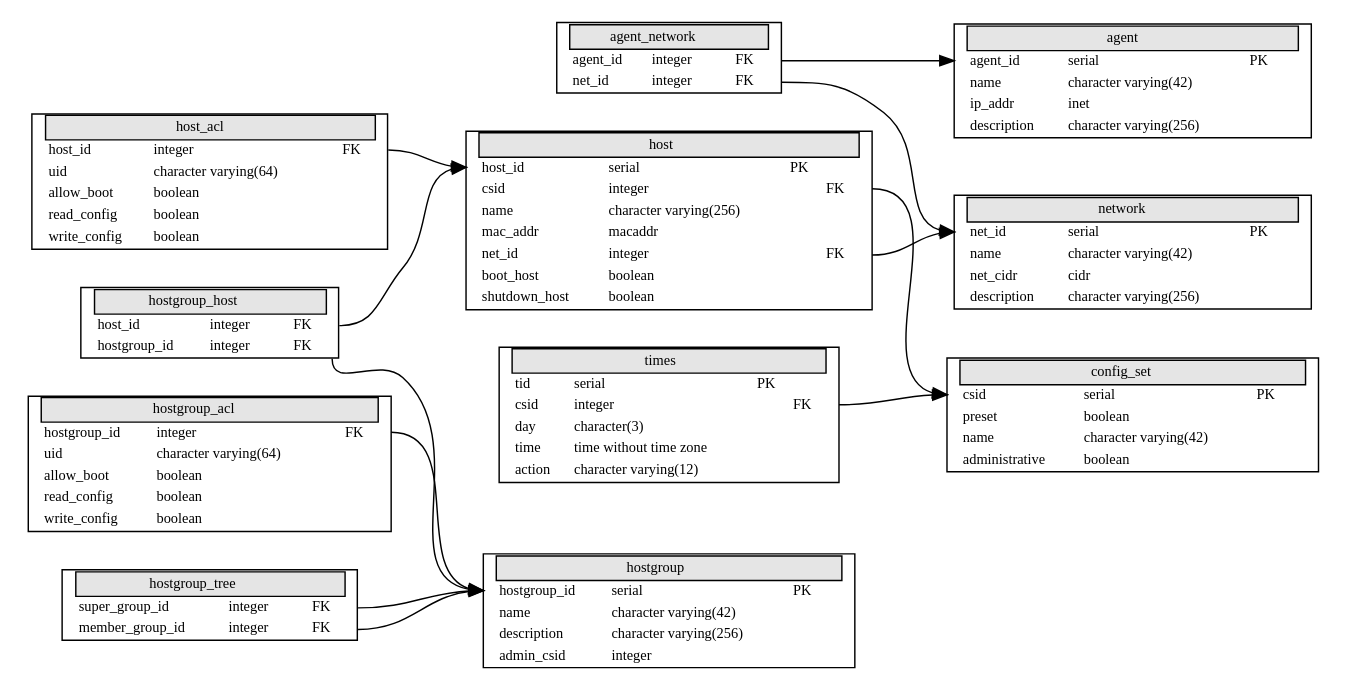
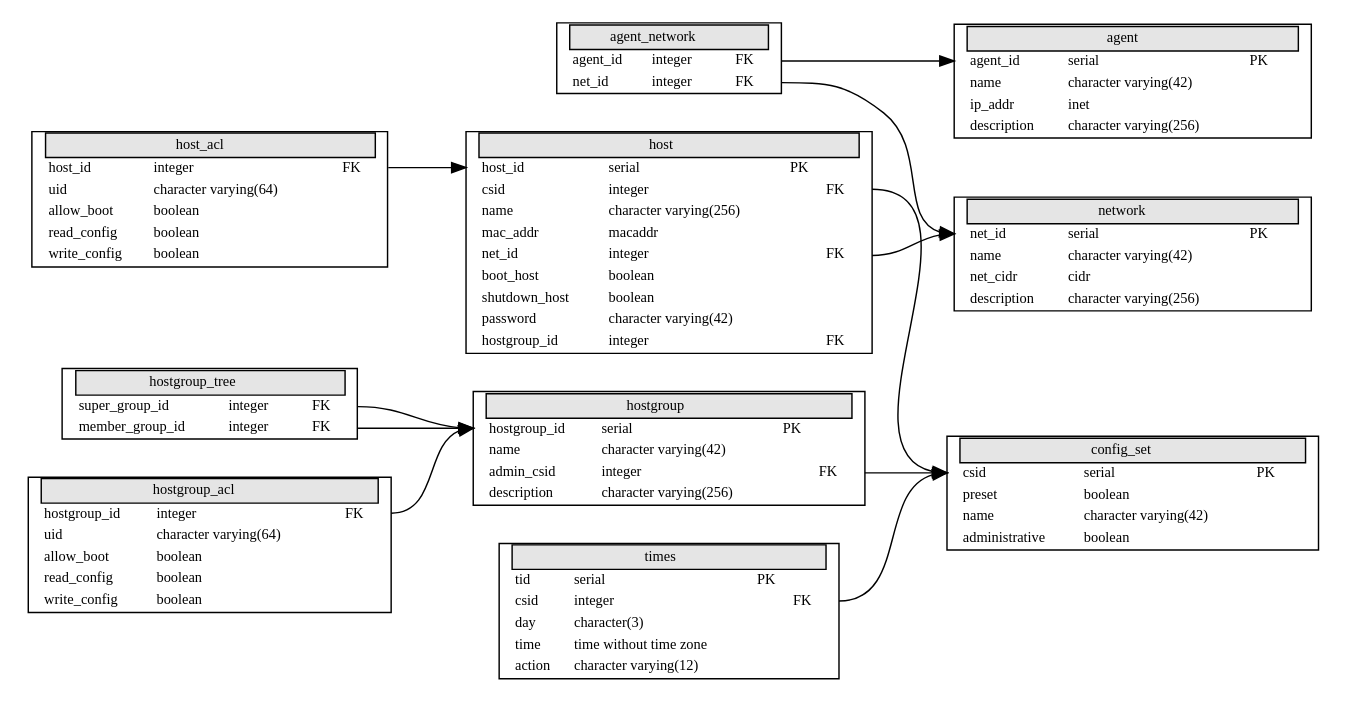
Before and after one commit to BarbarossaTM/WakeUpManager: the diagram in db/doc/wum.dot, drawn with Graphviz. The commit also changed 2 other files, not shown here.

```diff
--- a/db/doc/wum.dot
+++ b/db/doc/wum.dot
@@ -11,39 +11,37 @@
 edge [
 ];
 
+"agent_network" [shape = plaintext, label = < <TABLE BORDER="1" CELLBORDER="0" CELLSPACING="0"> <TR ><TD PORT="ltcol0"> </TD> <TD bgcolor="grey90" border="1" COLSPAN="4"> \N </TD> <TD PORT="rtcol0"></TD></TR>  <TR><TD PORT="ltcol1" ></TD><TD align="left" > agent_id </TD><TD align="left" > integer </TD><TD align="left" >  </TD><TD align="left" > FK </TD><TD align="left" PORT="rtcol1"> </TD></TR> <TR><TD PORT="ltcol2" ></TD><TD align="left" > net_id </TD><TD align="left" > integer </TD><TD align="left" >  </TD><TD align="left" > FK </TD><TD align="left" PORT="rtcol2"> </TD></TR> </TABLE>> ];
 "agent" [shape = plaintext, label = < <TABLE BORDER="1" CELLBORDER="0" CELLSPACING="0"> <TR ><TD PORT="ltcol0"> </TD> <TD bgcolor="grey90" border="1" COLSPAN="4"> \N </TD> <TD PORT="rtcol0"></TD></TR>  <TR><TD PORT="ltcol1" ></TD><TD align="left" > agent_id </TD><TD align="left" > serial </TD><TD align="left" > PK </TD><TD align="left" >  </TD><TD align="left" PORT="rtcol1"> </TD></TR> <TR><TD PORT="ltcol2" ></TD><TD align="left" > name </TD><TD align="left" > character varying(42) </TD><TD align="left" >  </TD><TD align="left" >  </TD><TD align="left" PORT="rtcol2"> </TD></TR> <TR><TD PORT="ltcol3" ></TD><TD align="left" > ip_addr </TD><TD align="left" > inet </TD><TD align="left" >  </TD><TD align="left" >  </TD><TD align="left" PORT="rtcol3"> </TD></TR> <TR><TD PORT="ltcol4" ></TD><TD align="left" > description </TD><TD align="left" > character varying(256) </TD><TD align="left" >  </TD><TD align="left" >  </TD><TD align="left" PORT="rtcol4"> </TD></TR> </TABLE>> ];
 
-"agent_network" [shape = plaintext, label = < <TABLE BORDER="1" CELLBORDER="0" CELLSPACING="0"> <TR ><TD PORT="ltcol0"> </TD> <TD bgcolor="grey90" border="1" COLSPAN="4"> \N </TD> <TD PORT="rtcol0"></TD></TR>  <TR><TD PORT="ltcol1" ></TD><TD align="left" > agent_id </TD><TD align="left" > integer </TD><TD align="left" >  </TD><TD align="left" > FK </TD><TD align="left" PORT="rtcol1"> </TD></TR> <TR><TD PORT="ltcol2" ></TD><TD align="left" > net_id </TD><TD align="left" > integer </TD><TD align="left" >  </TD><TD align="left" > FK </TD><TD align="left" PORT="rtcol2"> </TD></TR> </TABLE>> ];
+"host_acl" [shape = plaintext, label = < <TABLE BORDER="1" CELLBORDER="0" CELLSPACING="0"> <TR ><TD PORT="ltcol0"> </TD> <TD bgcolor="grey90" border="1" COLSPAN="4"> \N </TD> <TD PORT="rtcol0"></TD></TR>  <TR><TD PORT="ltcol1" ></TD><TD align="left" > host_id </TD><TD align="left" > integer </TD><TD align="left" >  </TD><TD align="left" > FK </TD><TD align="left" PORT="rtcol1"> </TD></TR> <TR><TD PORT="ltcol2" ></TD><TD align="left" > uid </TD><TD align="left" > character varying(64) </TD><TD align="left" >  </TD><TD align="left" >  </TD><TD align="left" PORT="rtcol2"> </TD></TR> <TR><TD PORT="ltcol3" ></TD><TD align="left" > allow_boot </TD><TD align="left" > boolean </TD><TD align="left" >  </TD><TD align="left" >  </TD><TD align="left" PORT="rtcol3"> </TD></TR> <TR><TD PORT="ltcol4" ></TD><TD align="left" > read_config </TD><TD align="left" > boolean </TD><TD align="left" >  </TD><TD align="left" >  </TD><TD align="left" PORT="rtcol4"> </TD></TR> <TR><TD PORT="ltcol5" ></TD><TD align="left" > write_config </TD><TD align="left" > boolean </TD><TD align="left" >  </TD><TD align="left" >  </TD><TD align="left" PORT="rtcol5"> </TD></TR> </TABLE>> ];
+"host" [shape = plaintext, label = < <TABLE BORDER="1" CELLBORDER="0" CELLSPACING="0"> <TR ><TD PORT="ltcol0"> </TD> <TD bgcolor="grey90" border="1" COLSPAN="4"> \N </TD> <TD PORT="rtcol0"></TD></TR>  <TR><TD PORT="ltcol1" ></TD><TD align="left" > host_id </TD><TD align="left" > serial </TD><TD align="left" > PK </TD><TD align="left" >  </TD><TD align="left" PORT="rtcol1"> </TD></TR> <TR><TD PORT="ltcol2" ></TD><TD align="left" > csid </TD><TD align="left" > integer </TD><TD align="left" >  </TD><TD align="left" > FK </TD><TD align="left" PORT="rtcol2"> </TD></TR> <TR><TD PORT="ltcol3" ></TD><TD align="left" > name </TD><TD align="left" > character varying(256) </TD><TD align="left" >  </TD><TD align="left" >  </TD><TD align="left" PORT="rtcol3"> </TD></TR> <TR><TD PORT="ltcol4" ></TD><TD align="left" > mac_addr </TD><TD align="left" > macaddr </TD><TD align="left" >  </TD><TD align="left" >  </TD><TD align="left" PORT="rtcol4"> </TD></TR> <TR><TD PORT="ltcol5" ></TD><TD align="left" > net_id </TD><TD align="left" > integer </TD><TD align="left" >  </TD><TD align="left" > FK </TD><TD align="left" PORT="rtcol5"> </TD></TR> <TR><TD PORT="ltcol6" ></TD><TD align="left" > boot_host </TD><TD align="left" > boolean </TD><TD align="left" >  </TD><TD align="left" >  </TD><TD align="left" PORT="rtcol6"> </TD></TR> <TR><TD PORT="ltcol7" ></TD><TD align="left" > shutdown_host </TD><TD align="left" > boolean </TD><TD align="left" >  </TD><TD align="left" >  </TD><TD align="left" PORT="rtcol7"> </TD></TR> <TR><TD PORT="ltcol8" ></TD><TD align="left" > password </TD><TD align="left" > character varying(42) </TD><TD align="left" >  </TD><TD align="left" >  </TD><TD align="left" PORT="rtcol8"> </TD></TR> <TR><TD PORT="ltcol9" ></TD><TD align="left" > hostgroup_id </TD><TD align="left" > integer </TD><TD align="left" >  </TD><TD align="left" > FK </TD><TD align="left" PORT="rtcol9"> </TD></TR> </TABLE>> ];
+"network" [shape = plaintext, label = < <TABLE BORDER="1" CELLBORDER="0" CELLSPACING="0"> <TR ><TD PORT="ltcol0"> </TD> <TD bgcolor="grey90" border="1" COLSPAN="4"> \N </TD> <TD PORT="rtcol0"></TD></TR>  <TR><TD PORT="ltcol1" ></TD><TD align="left" > net_id </TD><TD align="left" > serial </TD><TD align="left" > PK </TD><TD align="left" >  </TD><TD align="left" PORT="rtcol1"> </TD></TR> <TR><TD PORT="ltcol2" ></TD><TD align="left" > name </TD><TD align="left" > character varying(42) </TD><TD align="left" >  </TD><TD align="left" >  </TD><TD align="left" PORT="rtcol2"> </TD></TR> <TR><TD PORT="ltcol3" ></TD><TD align="left" > net_cidr </TD><TD align="left" > cidr </TD><TD align="left" >  </TD><TD align="left" >  </TD><TD align="left" PORT="rtcol3"> </TD></TR> <TR><TD PORT="ltcol4" ></TD><TD align="left" > description </TD><TD align="left" > character varying(256) </TD><TD align="left" >  </TD><TD align="left" >  </TD><TD align="left" PORT="rtcol4"> </TD></TR> </TABLE>> ];
 
-"config_set" [shape = plaintext, label = < <TABLE BORDER="1" CELLBORDER="0" CELLSPACING="0"> <TR ><TD PORT="ltcol0"> </TD> <TD bgcolor="grey90" border="1" COLSPAN="4"> \N </TD> <TD PORT="rtcol0"></TD></TR>  <TR><TD PORT="ltcol1" ></TD><TD align="left" > csid </TD><TD align="left" > serial </TD><TD align="left" > PK </TD><TD align="left" >  </TD><TD align="left" PORT="rtcol1"> </TD></TR> <TR><TD PORT="ltcol3" ></TD><TD align="left" > preset </TD><TD align="left" > boolean </TD><TD align="left" >  </TD><TD align="left" >  </TD><TD align="left" PORT="rtcol3"> </TD></TR> <TR><TD PORT="ltcol4" ></TD><TD align="left" > name </TD><TD align="left" > character varying(42) </TD><TD align="left" >  </TD><TD align="left" >  </TD><TD align="left" PORT="rtcol4"> </TD></TR> <TR><TD PORT="ltcol5" ></TD><TD align="left" > administrative </TD><TD align="left" > boolean </TD><TD align="left" >  </TD><TD align="left" >  </TD><TD align="left" PORT="rtcol5"> </TD></TR> </TABLE>> ];
-
-"host" [shape = plaintext, label = < <TABLE BORDER="1" CELLBORDER="0" CELLSPACING="0"> <TR ><TD PORT="ltcol0"> </TD> <TD bgcolor="grey90" border="1" COLSPAN="4"> \N </TD> <TD PORT="rtcol0"></TD></TR>  <TR><TD PORT="ltcol1" ></TD><TD align="left" > host_id </TD><TD align="left" > serial </TD><TD align="left" > PK </TD><TD align="left" >  </TD><TD align="left" PORT="rtcol1"> </TD></TR> <TR><TD PORT="ltcol2" ></TD><TD align="left" > csid </TD><TD align="left" > integer </TD><TD align="left" >  </TD><TD align="left" > FK </TD><TD align="left" PORT="rtcol2"> </TD></TR> <TR><TD PORT="ltcol3" ></TD><TD align="left" > name </TD><TD align="left" > character varying(256) </TD><TD align="left" >  </TD><TD align="left" >  </TD><TD align="left" PORT="rtcol3"> </TD></TR> <TR><TD PORT="ltcol4" ></TD><TD align="left" > mac_addr </TD><TD align="left" > macaddr </TD><TD align="left" >  </TD><TD align="left" >  </TD><TD align="left" PORT="rtcol4"> </TD></TR> <TR><TD PORT="ltcol5" ></TD><TD align="left" > net_id </TD><TD align="left" > integer </TD><TD align="left" >  </TD><TD align="left" > FK </TD><TD align="left" PORT="rtcol5"> </TD></TR> <TR><TD PORT="ltcol7" ></TD><TD align="left" > boot_host </TD><TD align="left" > boolean </TD><TD align="left" >  </TD><TD align="left" >  </TD><TD align="left" PORT="rtcol7"> </TD></TR> <TR><TD PORT="ltcol8" ></TD><TD align="left" > shutdown_host </TD><TD align="left" > boolean </TD><TD align="left" >  </TD><TD align="left" >  </TD><TD align="left" PORT="rtcol8"> </TD></TR> </TABLE>> ];
-
-"host_acl" [shape = plaintext, label = < <TABLE BORDER="1" CELLBORDER="0" CELLSPACING="0"> <TR ><TD PORT="ltcol0"> </TD> <TD bgcolor="grey90" border="1" COLSPAN="4"> \N </TD> <TD PORT="rtcol0"></TD></TR>  <TR><TD PORT="ltcol1" ></TD><TD align="left" > host_id </TD><TD align="left" > integer </TD><TD align="left" >  </TD><TD align="left" > FK </TD><TD align="left" PORT="rtcol1"> </TD></TR> <TR><TD PORT="ltcol2" ></TD><TD align="left" > uid </TD><TD align="left" > character varying(64) </TD><TD align="left" >  </TD><TD align="left" >  </TD><TD align="left" PORT="rtcol2"> </TD></TR> <TR><TD PORT="ltcol3" ></TD><TD align="left" > allow_boot </TD><TD align="left" > boolean </TD><TD align="left" >  </TD><TD align="left" >  </TD><TD align="left" PORT="rtcol3"> </TD></TR> <TR><TD PORT="ltcol4" ></TD><TD align="left" > read_config </TD><TD align="left" > boolean </TD><TD align="left" >  </TD><TD align="left" >  </TD><TD align="left" PORT="rtcol4"> </TD></TR> <TR><TD PORT="ltcol5" ></TD><TD align="left" > write_config </TD><TD align="left" > boolean </TD><TD align="left" >  </TD><TD align="left" >  </TD><TD align="left" PORT="rtcol5"> </TD></TR> </TABLE>> ];
-
-"hostgroup" [shape = plaintext, label = < <TABLE BORDER="1" CELLBORDER="0" CELLSPACING="0"> <TR ><TD PORT="ltcol0"> </TD> <TD bgcolor="grey90" border="1" COLSPAN="4"> \N </TD> <TD PORT="rtcol0"></TD></TR>  <TR><TD PORT="ltcol1" ></TD><TD align="left" > hostgroup_id </TD><TD align="left" > serial </TD><TD align="left" > PK </TD><TD align="left" >  </TD><TD align="left" PORT="rtcol1"> </TD></TR> <TR><TD PORT="ltcol2" ></TD><TD align="left" > name </TD><TD align="left" > character varying(42) </TD><TD align="left" >  </TD><TD align="left" >  </TD><TD align="left" PORT="rtcol2"> </TD></TR> <TR><TD PORT="ltcol3" ></TD><TD align="left" > description </TD><TD align="left" > character varying(256) </TD><TD align="left" >  </TD><TD align="left" >  </TD><TD align="left" PORT="rtcol3"> </TD></TR> <TR><TD PORT="ltcol4" ></TD><TD align="left" > admin_csid </TD><TD align="left" > integer </TD><TD align="left" >  </TD><TD align="left" >  </TD><TD align="left" PORT="rtcol4"> </TD></TR> </TABLE>> ];
+"config_set" [shape = plaintext, label = < <TABLE BORDER="1" CELLBORDER="0" CELLSPACING="0"> <TR ><TD PORT="ltcol0"> </TD> <TD bgcolor="grey90" border="1" COLSPAN="4"> \N </TD> <TD PORT="rtcol0"></TD></TR>  <TR><TD PORT="ltcol1" ></TD><TD align="left" > csid </TD><TD align="left" > serial </TD><TD align="left" > PK </TD><TD align="left" >  </TD><TD align="left" PORT="rtcol1"> </TD></TR> <TR><TD PORT="ltcol2" ></TD><TD align="left" > preset </TD><TD align="left" > boolean </TD><TD align="left" >  </TD><TD align="left" >  </TD><TD align="left" PORT="rtcol2"> </TD></TR> <TR><TD PORT="ltcol3" ></TD><TD align="left" > name </TD><TD align="left" > character varying(42) </TD><TD align="left" >  </TD><TD align="left" >  </TD><TD align="left" PORT="rtcol3"> </TD></TR> <TR><TD PORT="ltcol4" ></TD><TD align="left" > administrative </TD><TD align="left" > boolean </TD><TD align="left" >  </TD><TD align="left" >  </TD><TD align="left" PORT="rtcol4"> </TD></TR> </TABLE>> ];
 
 "hostgroup_acl" [shape = plaintext, label = < <TABLE BORDER="1" CELLBORDER="0" CELLSPACING="0"> <TR ><TD PORT="ltcol0"> </TD> <TD bgcolor="grey90" border="1" COLSPAN="4"> \N </TD> <TD PORT="rtcol0"></TD></TR>  <TR><TD PORT="ltcol1" ></TD><TD align="left" > hostgroup_id </TD><TD align="left" > integer </TD><TD align="left" >  </TD><TD align="left" > FK </TD><TD align="left" PORT="rtcol1"> </TD></TR> <TR><TD PORT="ltcol2" ></TD><TD align="left" > uid </TD><TD align="left" > character varying(64) </TD><TD align="left" >  </TD><TD align="left" >  </TD><TD align="left" PORT="rtcol2"> </TD></TR> <TR><TD PORT="ltcol3" ></TD><TD align="left" > allow_boot </TD><TD align="left" > boolean </TD><TD align="left" >  </TD><TD align="left" >  </TD><TD align="left" PORT="rtcol3"> </TD></TR> <TR><TD PORT="ltcol4" ></TD><TD align="left" > read_config </TD><TD align="left" > boolean </TD><TD align="left" >  </TD><TD align="left" >  </TD><TD align="left" PORT="rtcol4"> </TD></TR> <TR><TD PORT="ltcol5" ></TD><TD align="left" > write_config </TD><TD align="left" > boolean </TD><TD align="left" >  </TD><TD align="left" >  </TD><TD align="left" PORT="rtcol5"> </TD></TR> </TABLE>> ];
-
-"hostgroup_host" [shape = plaintext, label = < <TABLE BORDER="1" CELLBORDER="0" CELLSPACING="0"> <TR ><TD PORT="ltcol0"> </TD> <TD bgcolor="grey90" border="1" COLSPAN="4"> \N </TD> <TD PORT="rtcol0"></TD></TR>  <TR><TD PORT="ltcol1" ></TD><TD align="left" > host_id </TD><TD align="left" > integer </TD><TD align="left" >  </TD><TD align="left" > FK </TD><TD align="left" PORT="rtcol1"> </TD></TR> <TR><TD PORT="ltcol2" ></TD><TD align="left" > hostgroup_id </TD><TD align="left" > integer </TD><TD align="left" >  </TD><TD align="left" > FK </TD><TD align="left" PORT="rtcol2"> </TD></TR> </TABLE>> ];
-
+"hostgroup" [shape = plaintext, label = < <TABLE BORDER="1" CELLBORDER="0" CELLSPACING="0"> <TR ><TD PORT="ltcol0"> </TD> <TD bgcolor="grey90" border="1" COLSPAN="4"> \N </TD> <TD PORT="rtcol0"></TD></TR>  <TR><TD PORT="ltcol1" ></TD><TD align="left" > hostgroup_id </TD><TD align="left" > serial </TD><TD align="left" > PK </TD><TD align="left" >  </TD><TD align="left" PORT="rtcol1"> </TD></TR> <TR><TD PORT="ltcol2" ></TD><TD align="left" > name </TD><TD align="left" > character varying(42) </TD><TD align="left" >  </TD><TD align="left" >  </TD><TD align="left" PORT="rtcol2"> </TD></TR> <TR><TD PORT="ltcol3" ></TD><TD align="left" > admin_csid </TD><TD align="left" > integer </TD><TD align="left" >  </TD><TD align="left" > FK </TD><TD align="left" PORT="rtcol3"> </TD></TR> <TR><TD PORT="ltcol4" ></TD><TD align="left" > description </TD><TD align="left" > character varying(256) </TD><TD align="left" >  </TD><TD align="left" >  </TD><TD align="left" PORT="rtcol4"> </TD></TR> </TABLE>> ];
 "hostgroup_tree" [shape = plaintext, label = < <TABLE BORDER="1" CELLBORDER="0" CELLSPACING="0"> <TR ><TD PORT="ltcol0"> </TD> <TD bgcolor="grey90" border="1" COLSPAN="4"> \N </TD> <TD PORT="rtcol0"></TD></TR>  <TR><TD PORT="ltcol1" ></TD><TD align="left" > super_group_id </TD><TD align="left" > integer </TD><TD align="left" >  </TD><TD align="left" > FK </TD><TD align="left" PORT="rtcol1"> </TD></TR> <TR><TD PORT="ltcol2" ></TD><TD align="left" > member_group_id </TD><TD align="left" > integer </TD><TD align="left" >  </TD><TD align="left" > FK </TD><TD align="left" PORT="rtcol2"> </TD></TR> </TABLE>> ];
-
-"network" [shape = plaintext, label = < <TABLE BORDER="1" CELLBORDER="0" CELLSPACING="0"> <TR ><TD PORT="ltcol0"> </TD> <TD bgcolor="grey90" border="1" COLSPAN="4"> \N </TD> <TD PORT="rtcol0"></TD></TR>  <TR><TD PORT="ltcol1" ></TD><TD align="left" > net_id </TD><TD align="left" > serial </TD><TD align="left" > PK </TD><TD align="left" >  </TD><TD align="left" PORT="rtcol1"> </TD></TR> <TR><TD PORT="ltcol2" ></TD><TD align="left" > name </TD><TD align="left" > character varying(42) </TD><TD align="left" >  </TD><TD align="left" >  </TD><TD align="left" PORT="rtcol2"> </TD></TR> <TR><TD PORT="ltcol3" ></TD><TD align="left" > net_cidr </TD><TD align="left" > cidr </TD><TD align="left" >  </TD><TD align="left" >  </TD><TD align="left" PORT="rtcol3"> </TD></TR> <TR><TD PORT="ltcol4" ></TD><TD align="left" > description </TD><TD align="left" > character varying(256) </TD><TD align="left" >  </TD><TD align="left" >  </TD><TD align="left" PORT="rtcol4"> </TD></TR> </TABLE>> ];
 
 "times" [shape = plaintext, label = < <TABLE BORDER="1" CELLBORDER="0" CELLSPACING="0"> <TR ><TD PORT="ltcol0"> </TD> <TD bgcolor="grey90" border="1" COLSPAN="4"> \N </TD> <TD PORT="rtcol0"></TD></TR>  <TR><TD PORT="ltcol1" ></TD><TD align="left" > tid </TD><TD align="left" > serial </TD><TD align="left" > PK </TD><TD align="left" >  </TD><TD align="left" PORT="rtcol1"> </TD></TR> <TR><TD PORT="ltcol2" ></TD><TD align="left" > csid </TD><TD align="left" > integer </TD><TD align="left" >  </TD><TD align="left" > FK </TD><TD align="left" PORT="rtcol2"> </TD></TR> <TR><TD PORT="ltcol3" ></TD><TD align="left" > day </TD><TD align="left" > character(3) </TD><TD align="left" >  </TD><TD align="left" >  </TD><TD align="left" PORT="rtcol3"> </TD></TR> <TR><TD PORT="ltcol4" ></TD><TD align="left" > time </TD><TD align="left" > time without time zone </TD><TD align="left" >  </TD><TD align="left" >  </TD><TD align="left" PORT="rtcol4"> </TD></TR> <TR><TD PORT="ltcol5" ></TD><TD align="left" > action </TD><TD align="left" > character varying(12) </TD><TD align="left" >  </TD><TD align="left" >  </TD><TD align="left" PORT="rtcol5"> </TD></TR> </TABLE>> ];
 
 
-
 "agent_network":rtcol1 -> "agent":ltcol1 ;
 "agent_network":rtcol2 -> "network":ltcol1 ;
-"host":rtcol2 -> "config_set":ltcol1 ;
+
+"host_acl":rtcol1 -> "host":ltcol1 ;
 "host":rtcol5 -> "network":ltcol1 ;
-"host_acl":rtcol1 -> "host":ltcol1 ;
+
 "hostgroup_acl":rtcol1 -> "hostgroup":ltcol1 ;
-"hostgroup_host":rtcol1 -> "host":ltcol1 ;
-"hostgroup_host":rtcol2 -> "hostgroup":ltcol1 ;
 "hostgroup_tree":rtcol1 -> "hostgroup":ltcol1 ;
 "hostgroup_tree":rtcol2 -> "hostgroup":ltcol1 ;
+//"host":ltcol9 -> "hostgroup":ltcol1 ;
+
+"hostgroup":rtcol3 -> "config_set":ltcol1 ;
+"host":rtcol2 -> "config_set":ltcol1 ;
+
 "times":rtcol2 -> "config_set":ltcol1 ;
+
+
 }
```
